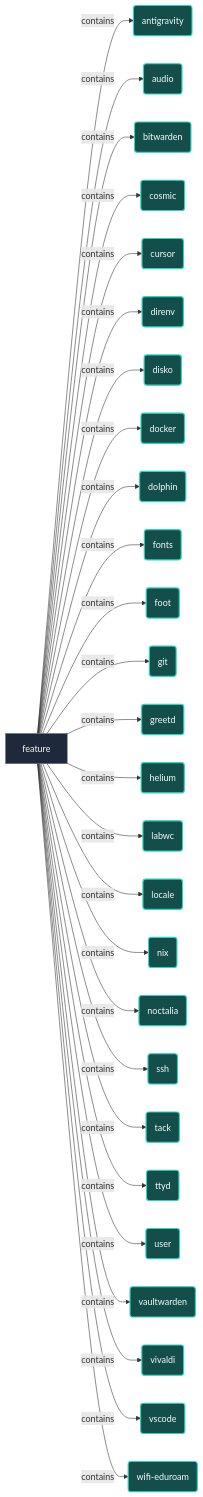
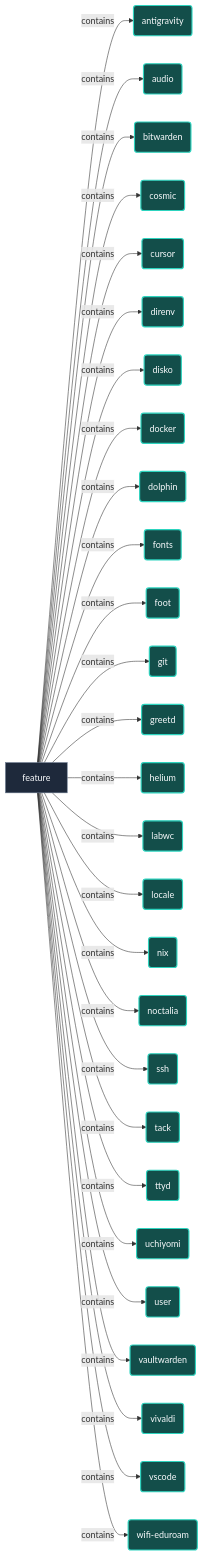
One commit to LW-54/nixconf changed the diagram in docs/features/user.md. Above: the diagram before and after it, drawn with Mermaid. The commit also changed 47 other files, not shown here.

```diff
--- a/docs/features/user.md
+++ b/docs/features/user.md
@@ -35,6 +35,7 @@
     urn__nixconf__onto__feature__ssh("ssh"):::featureNode
     urn__nixconf__onto__feature__tack("tack"):::featureNode
     urn__nixconf__onto__feature__ttyd("ttyd"):::featureNode
+    urn__nixconf__onto__feature__uchiyomi("uchiyomi"):::featureNode
     urn__nixconf__onto__feature__user("user"):::featureNode
     urn__nixconf__onto__feature__vaultwarden("vaultwarden"):::featureNode
     urn__nixconf__onto__feature__vivaldi("vivaldi"):::featureNode
@@ -63,6 +64,7 @@
     urn__nixconf__onto__primitive__feature -->|contains| urn__nixconf__onto__feature__ssh
     urn__nixconf__onto__primitive__feature -->|contains| urn__nixconf__onto__feature__tack
     urn__nixconf__onto__primitive__feature -->|contains| urn__nixconf__onto__feature__ttyd
+    urn__nixconf__onto__primitive__feature -->|contains| urn__nixconf__onto__feature__uchiyomi
     urn__nixconf__onto__primitive__feature -->|contains| urn__nixconf__onto__feature__user
     urn__nixconf__onto__primitive__feature -->|contains| urn__nixconf__onto__feature__vaultwarden
     urn__nixconf__onto__primitive__feature -->|contains| urn__nixconf__onto__feature__vivaldi
@@ -91,6 +93,7 @@
     click urn__nixconf__onto__feature__ssh href "../features/ssh.md" "ssh"
     click urn__nixconf__onto__feature__tack href "../features/tack.md" "tack"
     click urn__nixconf__onto__feature__ttyd href "../features/ttyd.md" "ttyd"
+    click urn__nixconf__onto__feature__uchiyomi href "../features/uchiyomi.md" "uchiyomi"
     click urn__nixconf__onto__feature__user href "../features/user.md" "user"
     click urn__nixconf__onto__feature__vaultwarden href "../features/vaultwarden.md" "vaultwarden"
     click urn__nixconf__onto__feature__vivaldi href "../features/vivaldi.md" "vivaldi"
```
